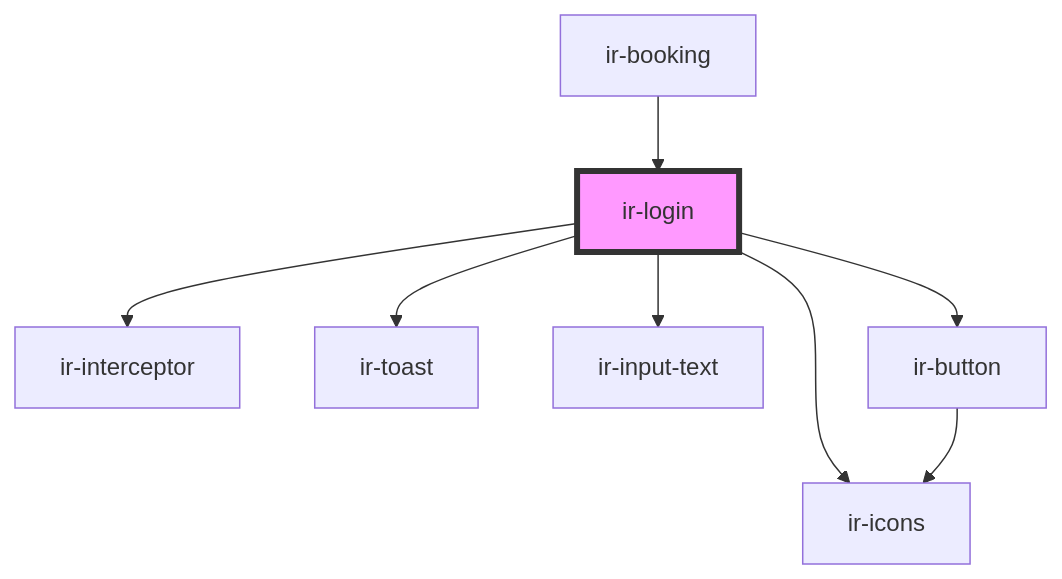
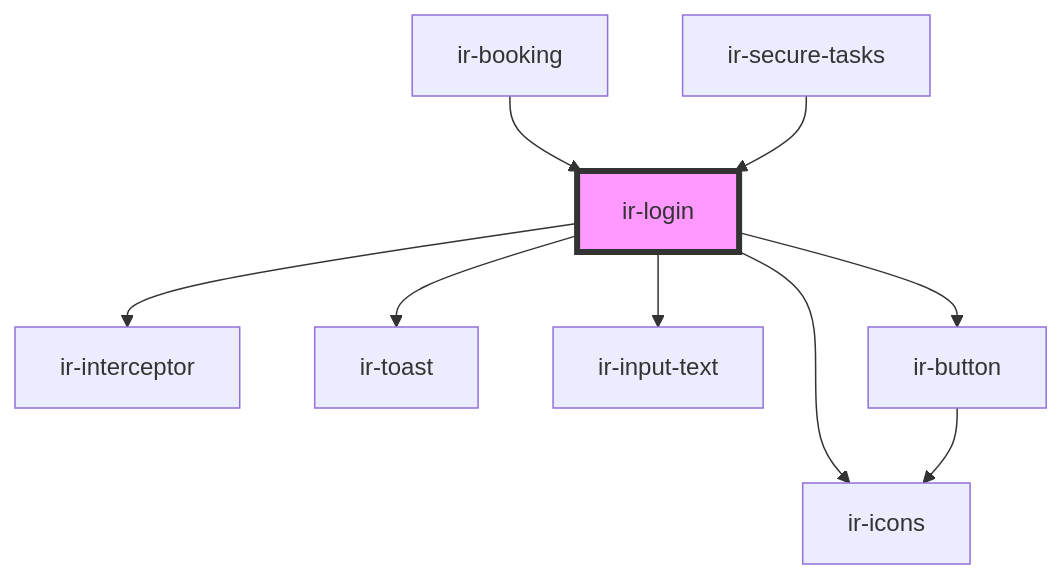
Before and after one commit to David1Chowaifaty/modified-ir-webcmp: the diagram in src/components/ir-login/readme.md, drawn with Mermaid. The commit also changed other lines of this file and 12 other files, not shown here.

````diff
--- a/src/components/ir-login/readme.md
+++ b/src/components/ir-login/readme.md
@@ -30,11 +31,12 @@
 ```mermaid
 graph TD;
   ir-login --> ir-interceptor
   ir-login --> ir-toast
   ir-login --> ir-input-text
   ir-login --> ir-icons
   ir-login --> ir-button
   ir-button --> ir-icons
   ir-booking --> ir-login
+  ir-secure-tasks --> ir-login
   style ir-login fill:#f9f,stroke:#333,stroke-width:4px
 ```
````
